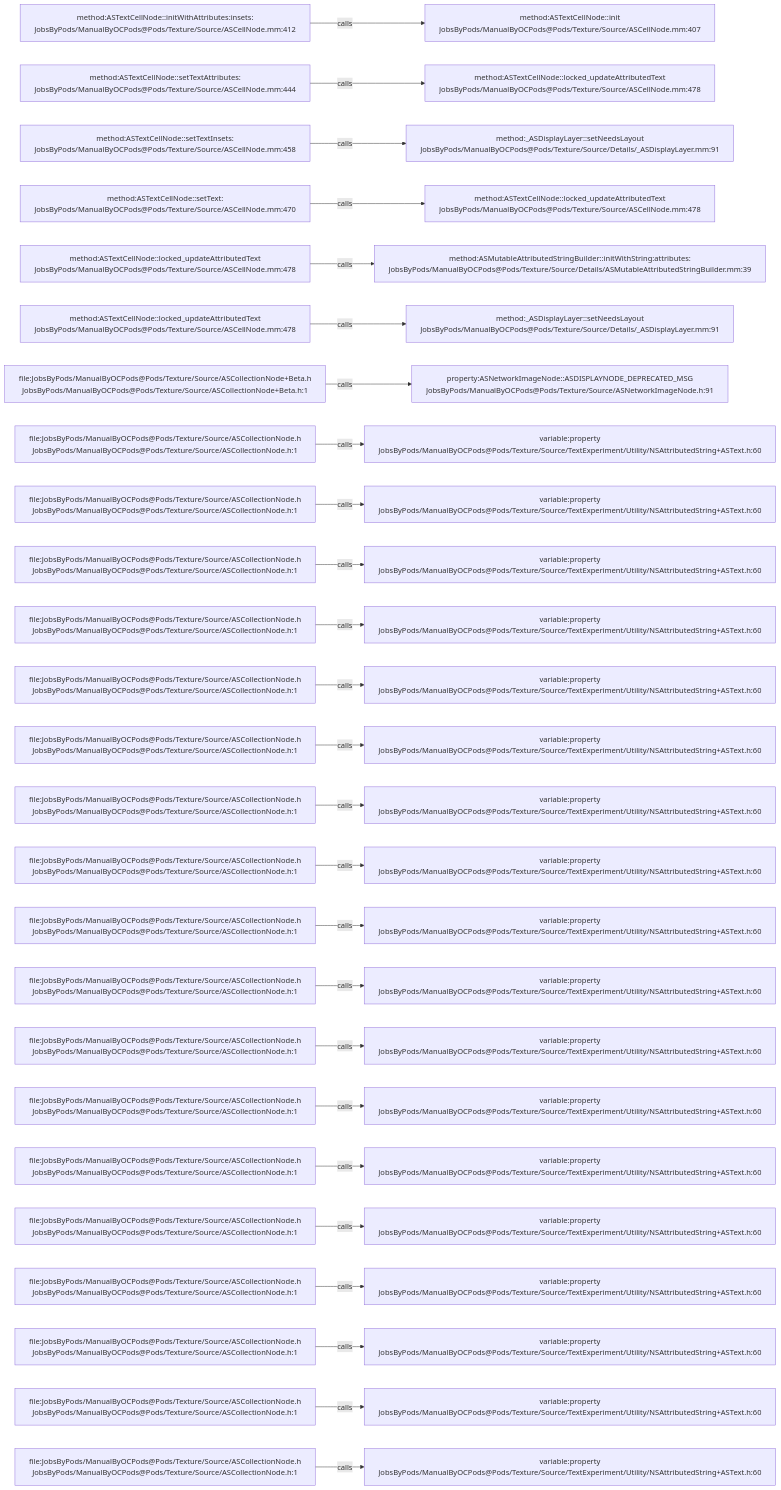
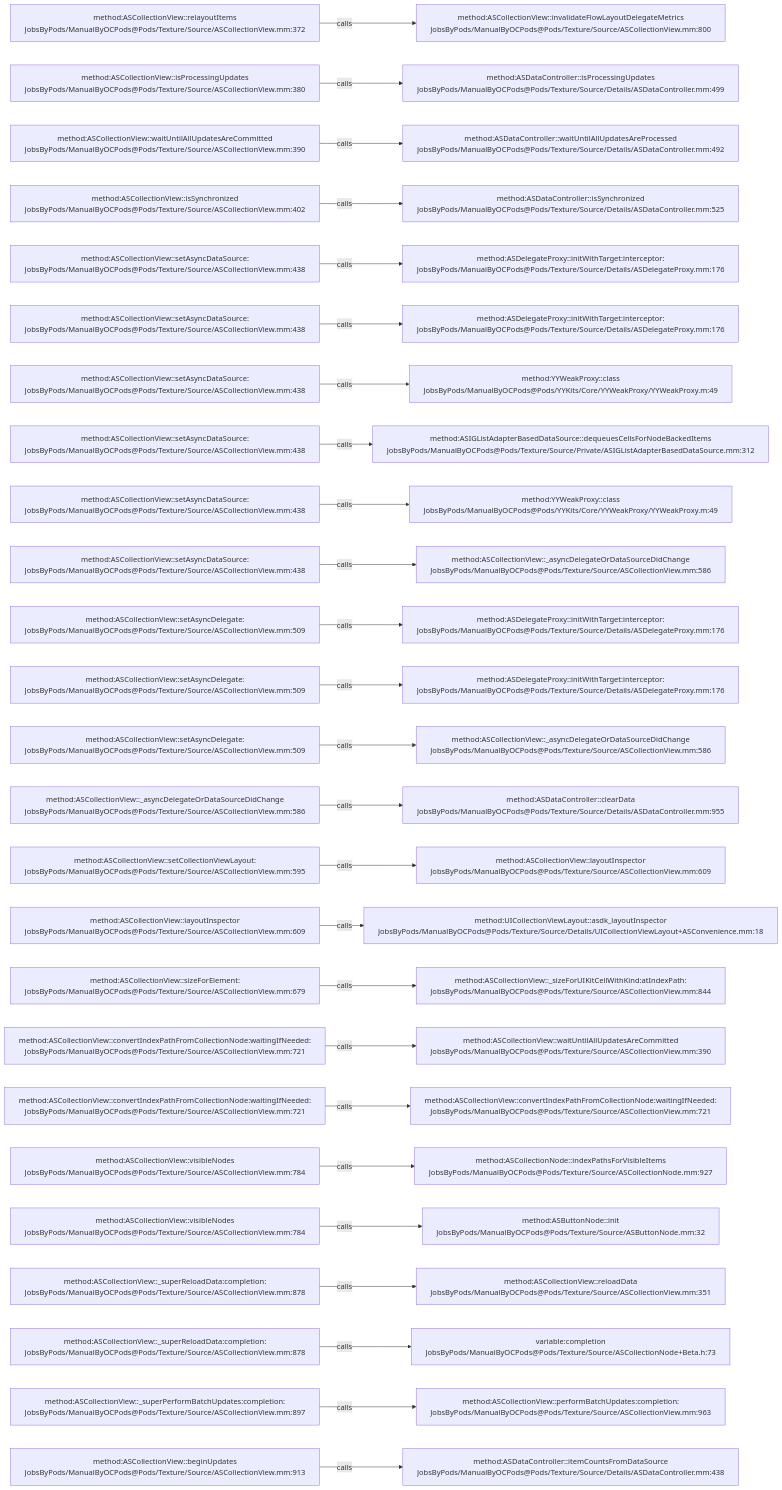
One commit to JobsKits/JobsOCBaseConfigDemo changed the diagram in .codegraph/codegraph.md/graphs/calls-082.md. Above: the diagram before and after it, drawn with Mermaid. The commit also changed 1223 other files, not shown here.

````diff
--- a/.codegraph/codegraph.md/graphs/calls-082.md
+++ b/.codegraph/codegraph.md/graphs/calls-082.md
@@ -13,78 +13,78 @@
 ```mermaid
 flowchart LR
-  S1["method:ASTextCellNode::initWithAttributes:insets:<br/>JobsByPods/ManualByOCPods@Pods/Texture/Source/ASCellNode.mm:412"]
-  T1["method:ASTextCellNode::init<br/>JobsByPods/ManualByOCPods@Pods/Texture/Source/ASCellNode.mm:407"]
+  S1["method:ASCollectionView::relayoutItems<br/>JobsByPods/ManualByOCPods@Pods/Texture/Source/ASCollectionView.mm:372"]
+  T1["method:ASCollectionView::invalidateFlowLayoutDelegateMetrics<br/>JobsByPods/ManualByOCPods@Pods/Texture/Source/ASCollectionView.mm:800"]
   S1 -->|calls| T1
-  S2["method:ASTextCellNode::setTextAttributes:<br/>JobsByPods/ManualByOCPods@Pods/Texture/Source/ASCellNode.mm:444"]
-  T2["method:ASTextCellNode::locked_updateAttributedText<br/>JobsByPods/ManualByOCPods@Pods/Texture/Source/ASCellNode.mm:478"]
+  S2["method:ASCollectionView::isProcessingUpdates<br/>JobsByPods/ManualByOCPods@Pods/Texture/Source/ASCollectionView.mm:380"]
+  T2["method:ASDataController::isProcessingUpdates<br/>JobsByPods/ManualByOCPods@Pods/Texture/Source/Details/ASDataController.mm:499"]
   S2 -->|calls| T2
-  S3["method:ASTextCellNode::setTextInsets:<br/>JobsByPods/ManualByOCPods@Pods/Texture/Source/ASCellNode.mm:458"]
-  T3["method:_ASDisplayLayer::setNeedsLayout<br/>JobsByPods/ManualByOCPods@Pods/Texture/Source/Details/_ASDisplayLayer.mm:91"]
+  S3["method:ASCollectionView::waitUntilAllUpdatesAreCommitted<br/>JobsByPods/ManualByOCPods@Pods/Texture/Source/ASCollectionView.mm:390"]
+  T3["method:ASDataController::waitUntilAllUpdatesAreProcessed<br/>JobsByPods/ManualByOCPods@Pods/Texture/Source/Details/ASDataController.mm:492"]
   S3 -->|calls| T3
-  S4["method:ASTextCellNode::setText:<br/>JobsByPods/ManualByOCPods@Pods/Texture/Source/ASCellNode.mm:470"]
-  T4["method:ASTextCellNode::locked_updateAttributedText<br/>JobsByPods/ManualByOCPods@Pods/Texture/Source/ASCellNode.mm:478"]
+  S4["method:ASCollectionView::isSynchronized<br/>JobsByPods/ManualByOCPods@Pods/Texture/Source/ASCollectionView.mm:402"]
+  T4["method:ASDataController::isSynchronized<br/>JobsByPods/ManualByOCPods@Pods/Texture/Source/Details/ASDataController.mm:525"]
   S4 -->|calls| T4
-  S5["method:ASTextCellNode::locked_updateAttributedText<br/>JobsByPods/ManualByOCPods@Pods/Texture/Source/ASCellNode.mm:478"]
-  T5["method:ASMutableAttributedStringBuilder::initWithString:attributes:<br/>JobsByPods/ManualByOCPods@Pods/Texture/Source/Details/ASMutableAttributedStringBuilder.mm:39"]
+  S5["method:ASCollectionView::setAsyncDataSource:<br/>JobsByPods/ManualByOCPods@Pods/Texture/Source/ASCollectionView.mm:438"]
+  T5["method:ASDelegateProxy::initWithTarget:interceptor:<br/>JobsByPods/ManualByOCPods@Pods/Texture/Source/Details/ASDelegateProxy.mm:176"]
   S5 -->|calls| T5
-  S6["method:ASTextCellNode::locked_updateAttributedText<br/>JobsByPods/ManualByOCPods@Pods/Texture/Source/ASCellNode.mm:478"]
-  T6["method:_ASDisplayLayer::setNeedsLayout<br/>JobsByPods/ManualByOCPods@Pods/Texture/Source/Details/_ASDisplayLayer.mm:91"]
+  S6["method:ASCollectionView::setAsyncDataSource:<br/>JobsByPods/ManualByOCPods@Pods/Texture/Source/ASCollectionView.mm:438"]
+  T6["method:ASDelegateProxy::initWithTarget:interceptor:<br/>JobsByPods/ManualByOCPods@Pods/Texture/Source/Details/ASDelegateProxy.mm:176"]
   S6 -->|calls| T6
-  S7["file:JobsByPods/ManualByOCPods@Pods/Texture/Source/ASCollectionNode+Beta.h<br/>JobsByPods/ManualByOCPods@Pods/Texture/Source/ASCollectionNode+Beta.h:1"]
-  T7["property:ASNetworkImageNode::ASDISPLAYNODE_DEPRECATED_MSG<br/>JobsByPods/ManualByOCPods@Pods/Texture/Source/ASNetworkImageNode.h:91"]
+  S7["method:ASCollectionView::setAsyncDataSource:<br/>JobsByPods/ManualByOCPods@Pods/Texture/Source/ASCollectionView.mm:438"]
+  T7["method:YYWeakProxy::class<br/>JobsByPods/ManualByOCPods@Pods/YYKits/Core/YYWeakProxy/YYWeakProxy.m:49"]
   S7 -->|calls| T7
-  S8["file:JobsByPods/ManualByOCPods@Pods/Texture/Source/ASCollectionNode.h<br/>JobsByPods/ManualByOCPods@Pods/Texture/Source/ASCollectionNode.h:1"]
-  T8["variable:property<br/>JobsByPods/ManualByOCPods@Pods/Texture/Source/TextExperiment/Utility/NSAttributedString+ASText.h:60"]
+  S8["method:ASCollectionView::setAsyncDataSource:<br/>JobsByPods/ManualByOCPods@Pods/Texture/Source/ASCollectionView.mm:438"]
+  T8["method:ASIGListAdapterBasedDataSource::dequeuesCellsForNodeBackedItems<br/>JobsByPods/ManualByOCPods@Pods/Texture/Source/Private/ASIGListAdapterBasedDataSource.mm:312"]
   S8 -->|calls| T8
-  S9["file:JobsByPods/ManualByOCPods@Pods/Texture/Source/ASCollectionNode.h<br/>JobsByPods/ManualByOCPods@Pods/Texture/Source/ASCollectionNode.h:1"]
-  T9["variable:property<br/>JobsByPods/ManualByOCPods@Pods/Texture/Source/TextExperiment/Utility/NSAttributedString+ASText.h:60"]
+  S9["method:ASCollectionView::setAsyncDataSource:<br/>JobsByPods/ManualByOCPods@Pods/Texture/Source/ASCollectionView.mm:438"]
+  T9["method:YYWeakProxy::class<br/>JobsByPods/ManualByOCPods@Pods/YYKits/Core/YYWeakProxy/YYWeakProxy.m:49"]
   S9 -->|calls| T9
-  S10["file:JobsByPods/ManualByOCPods@Pods/Texture/Source/ASCollectionNode.h<br/>JobsByPods/ManualByOCPods@Pods/Texture/Source/ASCollectionNode.h:1"]
-  T10["variable:property<br/>JobsByPods/ManualByOCPods@Pods/Texture/Source/TextExperiment/Utility/NSAttributedString+ASText.h:60"]
+  S10["method:ASCollectionView::setAsyncDataSource:<br/>JobsByPods/ManualByOCPods@Pods/Texture/Source/ASCollectionView.mm:438"]
+  T10["method:ASCollectionView::_asyncDelegateOrDataSourceDidChange<br/>JobsByPods/ManualByOCPods@Pods/Texture/Source/ASCollectionView.mm:586"]
   S10 -->|calls| T10
-  S11["file:JobsByPods/ManualByOCPods@Pods/Texture/Source/ASCollectionNode.h<br/>JobsByPods/ManualByOCPods@Pods/Texture/Source/ASCollectionNode.h:1"]
-  T11["variable:property<br/>JobsByPods/ManualByOCPods@Pods/Texture/Source/TextExperiment/Utility/NSAttributedString+ASText.h:60"]
+  S11["method:ASCollectionView::setAsyncDelegate:<br/>JobsByPods/ManualByOCPods@Pods/Texture/Source/ASCollectionView.mm:509"]
+  T11["method:ASDelegateProxy::initWithTarget:interceptor:<br/>JobsByPods/ManualByOCPods@Pods/Texture/Source/Details/ASDelegateProxy.mm:176"]
   S11 -->|calls| T11
-  S12["file:JobsByPods/ManualByOCPods@Pods/Texture/Source/ASCollectionNode.h<br/>JobsByPods/ManualByOCPods@Pods/Texture/Source/ASCollectionNode.h:1"]
-  T12["variable:property<br/>JobsByPods/ManualByOCPods@Pods/Texture/Source/TextExperiment/Utility/NSAttributedString+ASText.h:60"]
+  S12["method:ASCollectionView::setAsyncDelegate:<br/>JobsByPods/ManualByOCPods@Pods/Texture/Source/ASCollectionView.mm:509"]
+  T12["method:ASDelegateProxy::initWithTarget:interceptor:<br/>JobsByPods/ManualByOCPods@Pods/Texture/Source/Details/ASDelegateProxy.mm:176"]
   S12 -->|calls| T12
-  S13["file:JobsByPods/ManualByOCPods@Pods/Texture/Source/ASCollectionNode.h<br/>JobsByPods/ManualByOCPods@Pods/Texture/Source/ASCollectionNode.h:1"]
-  T13["variable:property<br/>JobsByPods/ManualByOCPods@Pods/Texture/Source/TextExperiment/Utility/NSAttributedString+ASText.h:60"]
+  S13["method:ASCollectionView::setAsyncDelegate:<br/>JobsByPods/ManualByOCPods@Pods/Texture/Source/ASCollectionView.mm:509"]
+  T13["method:ASCollectionView::_asyncDelegateOrDataSourceDidChange<br/>JobsByPods/ManualByOCPods@Pods/Texture/Source/ASCollectionView.mm:586"]
   S13 -->|calls| T13
-  S14["file:JobsByPods/ManualByOCPods@Pods/Texture/Source/ASCollectionNode.h<br/>JobsByPods/ManualByOCPods@Pods/Texture/Source/ASCollectionNode.h:1"]
-  T14["variable:property<br/>JobsByPods/ManualByOCPods@Pods/Texture/Source/TextExperiment/Utility/NSAttributedString+ASText.h:60"]
+  S14["method:ASCollectionView::_asyncDelegateOrDataSourceDidChange<br/>JobsByPods/ManualByOCPods@Pods/Texture/Source/ASCollectionView.mm:586"]
+  T14["method:ASDataController::clearData<br/>JobsByPods/ManualByOCPods@Pods/Texture/Source/Details/ASDataController.mm:955"]
   S14 -->|calls| T14
-  S15["file:JobsByPods/ManualByOCPods@Pods/Texture/Source/ASCollectionNode.h<br/>JobsByPods/ManualByOCPods@Pods/Texture/Source/ASCollectionNode.h:1"]
-  T15["variable:property<br/>JobsByPods/ManualByOCPods@Pods/Texture/Source/TextExperiment/Utility/NSAttributedString+ASText.h:60"]
+  S15["method:ASCollectionView::setCollectionViewLayout:<br/>JobsByPods/ManualByOCPods@Pods/Texture/Source/ASCollectionView.mm:595"]
+  T15["method:ASCollectionView::layoutInspector<br/>JobsByPods/ManualByOCPods@Pods/Texture/Source/ASCollectionView.mm:609"]
   S15 -->|calls| T15
-  S16["file:JobsByPods/ManualByOCPods@Pods/Texture/Source/ASCollectionNode.h<br/>JobsByPods/ManualByOCPods@Pods/Texture/Source/ASCollectionNode.h:1"]
-  T16["variable:property<br/>JobsByPods/ManualByOCPods@Pods/Texture/Source/TextExperiment/Utility/NSAttributedString+ASText.h:60"]
+  S16["method:ASCollectionView::layoutInspector<br/>JobsByPods/ManualByOCPods@Pods/Texture/Source/ASCollectionView.mm:609"]
+  T16["method:UICollectionViewLayout::asdk_layoutInspector<br/>JobsByPods/ManualByOCPods@Pods/Texture/Source/Details/UICollectionViewLayout+ASConvenience.mm:18"]
   S16 -->|calls| T16
-  S17["file:JobsByPods/ManualByOCPods@Pods/Texture/Source/ASCollectionNode.h<br/>JobsByPods/ManualByOCPods@Pods/Texture/Source/ASCollectionNode.h:1"]
-  T17["variable:property<br/>JobsByPods/ManualByOCPods@Pods/Texture/Source/TextExperiment/Utility/NSAttributedString+ASText.h:60"]
+  S17["method:ASCollectionView::sizeForElement:<br/>JobsByPods/ManualByOCPods@Pods/Texture/Source/ASCollectionView.mm:679"]
+  T17["method:ASCollectionView::_sizeForUIKitCellWithKind:atIndexPath:<br/>JobsByPods/ManualByOCPods@Pods/Texture/Source/ASCollectionView.mm:844"]
   S17 -->|calls| T17
-  S18["file:JobsByPods/ManualByOCPods@Pods/Texture/Source/ASCollectionNode.h<br/>JobsByPods/ManualByOCPods@Pods/Texture/Source/ASCollectionNode.h:1"]
-  T18["variable:property<br/>JobsByPods/ManualByOCPods@Pods/Texture/Source/TextExperiment/Utility/NSAttributedString+ASText.h:60"]
+  S18["method:ASCollectionView::convertIndexPathFromCollectionNode:waitingIfNeeded:<br/>JobsByPods/ManualByOCPods@Pods/Texture/Source/ASCollectionView.mm:721"]
+  T18["method:ASCollectionView::waitUntilAllUpdatesAreCommitted<br/>JobsByPods/ManualByOCPods@Pods/Texture/Source/ASCollectionView.mm:390"]
   S18 -->|calls| T18
-  S19["file:JobsByPods/ManualByOCPods@Pods/Texture/Source/ASCollectionNode.h<br/>JobsByPods/ManualByOCPods@Pods/Texture/Source/ASCollectionNode.h:1"]
-  T19["variable:property<br/>JobsByPods/ManualByOCPods@Pods/Texture/Source/TextExperiment/Utility/NSAttributedString+ASText.h:60"]
+  S19["method:ASCollectionView::convertIndexPathFromCollectionNode:waitingIfNeeded:<br/>JobsByPods/ManualByOCPods@Pods/Texture/Source/ASCollectionView.mm:721"]
+  T19["method:ASCollectionView::convertIndexPathFromCollectionNode:waitingIfNeeded:<br/>JobsByPods/ManualByOCPods@Pods/Texture/Source/ASCollectionView.mm:721"]
   S19 -->|calls| T19
-  S20["file:JobsByPods/ManualByOCPods@Pods/Texture/Source/ASCollectionNode.h<br/>JobsByPods/ManualByOCPods@Pods/Texture/Source/ASCollectionNode.h:1"]
-  T20["variable:property<br/>JobsByPods/ManualByOCPods@Pods/Texture/Source/TextExperiment/Utility/NSAttributedString+ASText.h:60"]
+  S20["method:ASCollectionView::visibleNodes<br/>JobsByPods/ManualByOCPods@Pods/Texture/Source/ASCollectionView.mm:784"]
+  T20["method:ASCollectionNode::indexPathsForVisibleItems<br/>JobsByPods/ManualByOCPods@Pods/Texture/Source/ASCollectionNode.mm:927"]
   S20 -->|calls| T20
-  S21["file:JobsByPods/ManualByOCPods@Pods/Texture/Source/ASCollectionNode.h<br/>JobsByPods/ManualByOCPods@Pods/Texture/Source/ASCollectionNode.h:1"]
-  T21["variable:property<br/>JobsByPods/ManualByOCPods@Pods/Texture/Source/TextExperiment/Utility/NSAttributedString+ASText.h:60"]
+  S21["method:ASCollectionView::visibleNodes<br/>JobsByPods/ManualByOCPods@Pods/Texture/Source/ASCollectionView.mm:784"]
+  T21["method:ASButtonNode::init<br/>JobsByPods/ManualByOCPods@Pods/Texture/Source/ASButtonNode.mm:32"]
   S21 -->|calls| T21
-  S22["file:JobsByPods/ManualByOCPods@Pods/Texture/Source/ASCollectionNode.h<br/>JobsByPods/ManualByOCPods@Pods/Texture/Source/ASCollectionNode.h:1"]
-  T22["variable:property<br/>JobsByPods/ManualByOCPods@Pods/Texture/Source/TextExperiment/Utility/NSAttributedString+ASText.h:60"]
+  S22["method:ASCollectionView::_superReloadData:completion:<br/>JobsByPods/ManualByOCPods@Pods/Texture/Source/ASCollectionView.mm:878"]
+  T22["method:ASCollectionView::reloadData<br/>JobsByPods/ManualByOCPods@Pods/Texture/Source/ASCollectionView.mm:351"]
   S22 -->|calls| T22
-  S23["file:JobsByPods/ManualByOCPods@Pods/Texture/Source/ASCollectionNode.h<br/>JobsByPods/ManualByOCPods@Pods/Texture/Source/ASCollectionNode.h:1"]
-  T23["variable:property<br/>JobsByPods/ManualByOCPods@Pods/Texture/Source/TextExperiment/Utility/NSAttributedString+ASText.h:60"]
+  S23["method:ASCollectionView::_superReloadData:completion:<br/>JobsByPods/ManualByOCPods@Pods/Texture/Source/ASCollectionView.mm:878"]
+  T23["variable:completion<br/>JobsByPods/ManualByOCPods@Pods/Texture/Source/ASCollectionNode+Beta.h:73"]
   S23 -->|calls| T23
-  S24["file:JobsByPods/ManualByOCPods@Pods/Texture/Source/ASCollectionNode.h<br/>JobsByPods/ManualByOCPods@Pods/Texture/Source/ASCollectionNode.h:1"]
-  T24["variable:property<br/>JobsByPods/ManualByOCPods@Pods/Texture/Source/TextExperiment/Utility/NSAttributedString+ASText.h:60"]
+  S24["method:ASCollectionView::_superPerformBatchUpdates:completion:<br/>JobsByPods/ManualByOCPods@Pods/Texture/Source/ASCollectionView.mm:897"]
+  T24["method:ASCollectionView::performBatchUpdates:completion:<br/>JobsByPods/ManualByOCPods@Pods/Texture/Source/ASCollectionView.mm:963"]
   S24 -->|calls| T24
-  S25["file:JobsByPods/ManualByOCPods@Pods/Texture/Source/ASCollectionNode.h<br/>JobsByPods/ManualByOCPods@Pods/Texture/Source/ASCollectionNode.h:1"]
-  T25["variable:property<br/>JobsByPods/ManualByOCPods@Pods/Texture/Source/TextExperiment/Utility/NSAttributedString+ASText.h:60"]
+  S25["method:ASCollectionView::beginUpdates<br/>JobsByPods/ManualByOCPods@Pods/Texture/Source/ASCollectionView.mm:913"]
+  T25["method:ASDataController::itemCountsFromDataSource<br/>JobsByPods/ManualByOCPods@Pods/Texture/Source/Details/ASDataController.mm:438"]
   S25 -->|calls| T25
 ```
````
